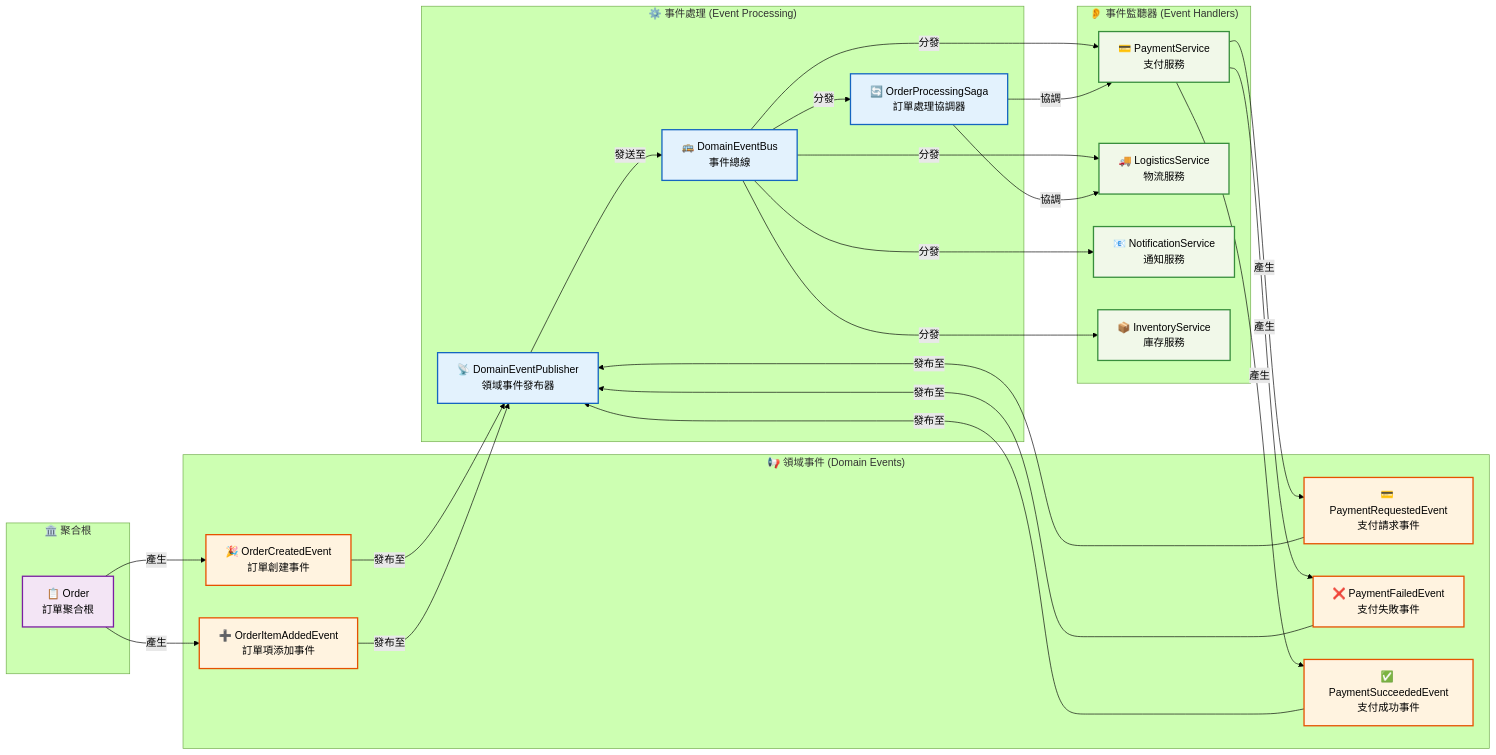
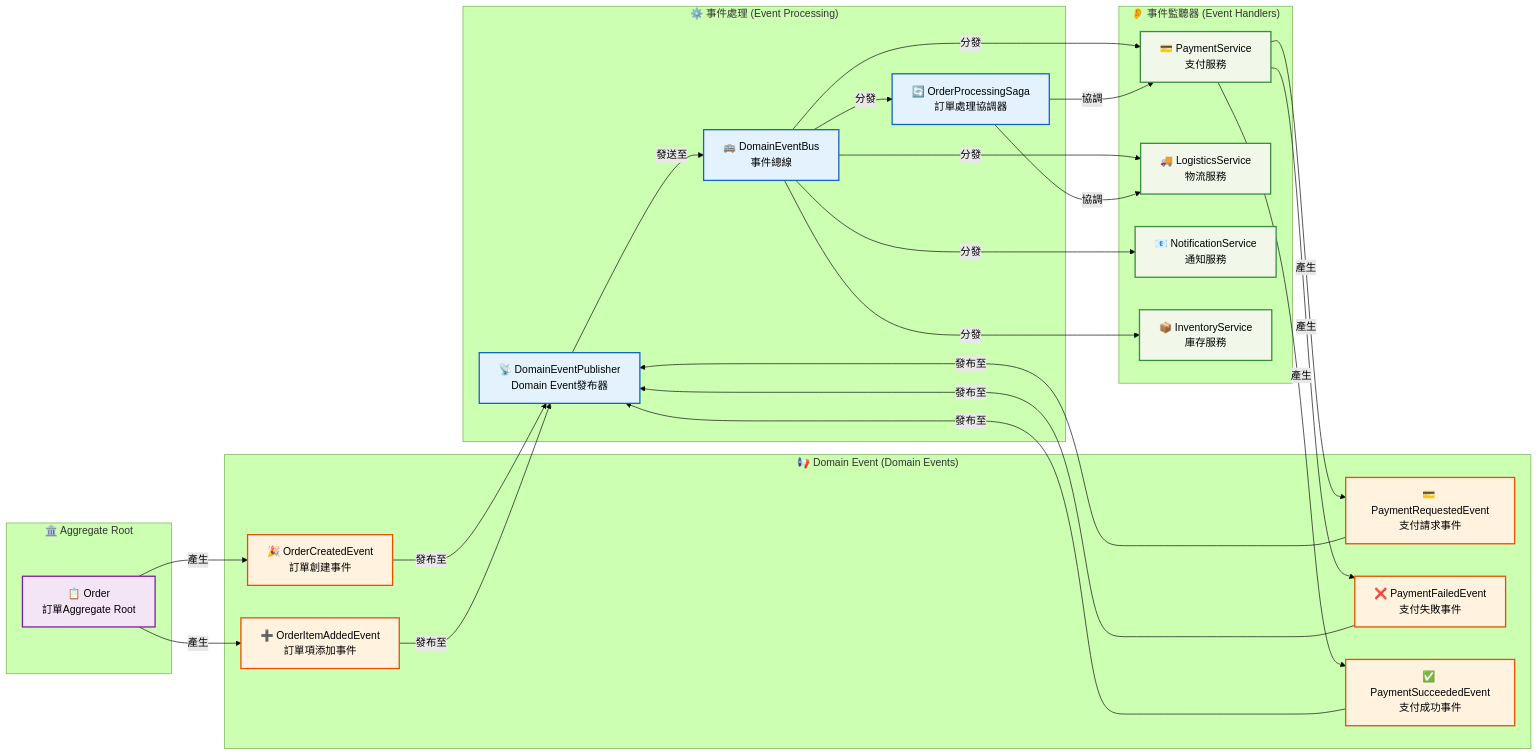
Before and after one commit to humank/genai-demo: the third of 5 diagrams in docs/en/architecture/overview.md, drawn with Mermaid (forest theme). The commit also changed other lines of this file and 583 other files, not shown here.

````diff
--- a/docs/en/architecture/overview.md
+++ b/docs/en/architecture/overview.md
@@ -152,56 +150,56 @@
 ```mermaid
 graph LR
-    subgraph 領域事件 ["📢 領域事件 (Domain Events)"]
+    subgraph Domain Event ["📢 Domain Event (Domain Events)"]
         OCE[🎉 OrderCreatedEvent<br/>訂單創建事件]
         OIAE[➕ OrderItemAddedEvent<br/>訂單項添加事件]
         PRE[💳 PaymentRequestedEvent<br/>支付請求事件]
         PFE[❌ PaymentFailedEvent<br/>支付失敗事件]
         PSE[✅ PaymentSucceededEvent<br/>支付成功事件]
     end
     
     subgraph 事件處理 ["⚙️ 事件處理 (Event Processing)"]
-        EP[📡 DomainEventPublisher<br/>領域事件發布器]
+        EP[📡 DomainEventPublisher<br/>Domain Event發布器]
         EB[🚌 DomainEventBus<br/>事件總線]
         OS[🔄 OrderProcessingSaga<br/>訂單處理協調器]
     end
     
     subgraph 事件監聽器 ["👂 事件監聽器 (Event Handlers)"]
         PS[💳 PaymentService<br/>支付服務]
         LS[🚚 LogisticsService<br/>物流服務]
         NS[📧 NotificationService<br/>通知服務]
         IS[📦 InventoryService<br/>庫存服務]
     end
     
-    subgraph 聚合根 ["🏛️ 聚合根"]
-        AGG[📋 Order<br/>訂單聚合根]
+    subgraph Aggregate Root ["🏛️ Aggregate Root"]
+        AGG[📋 Order<br/>訂單Aggregate Root]
     end
     
     AGG -->|產生| OCE
     AGG -->|產生| OIAE
     OCE -->|發布至| EP
     OIAE -->|發布至| EP
     EP -->|發送至| EB
     EB -->|分發| OS
     EB -->|分發| PS
     EB -->|分發| LS
     EB -->|分發| NS
     EB -->|分發| IS
     OS -->|協調| PS
     OS -->|協調| LS
     PS -->|產生| PRE
     PS -->|產生| PFE
     PS -->|產生| PSE
     PRE -->|發布至| EP
     PFE -->|發布至| EP
     PSE -->|發布至| EP
     
     classDef event fill:#fff3e0,stroke:#e65100,stroke-width:2px
     classDef publisher fill:#e3f2fd,stroke:#1565c0,stroke-width:2px
     classDef handler fill:#f1f8e9,stroke:#388e3c,stroke-width:2px
     classDef aggregateRoot fill:#f3e5f5,stroke:#7b1fa2,stroke-width:2px
     
     class OCE,OIAE,PRE,PFE,PSE event
     class EP,EB,OS publisher
     class PS,LS,NS,IS handler
     class AGG aggregateRoot
 ```
````
